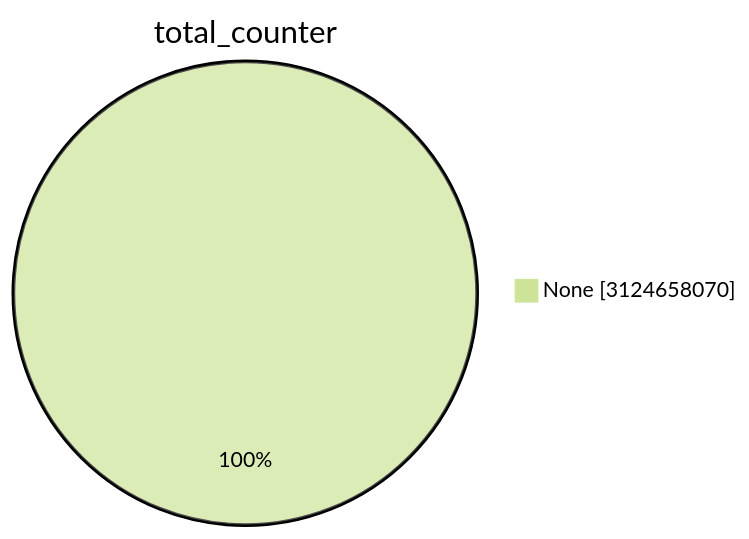
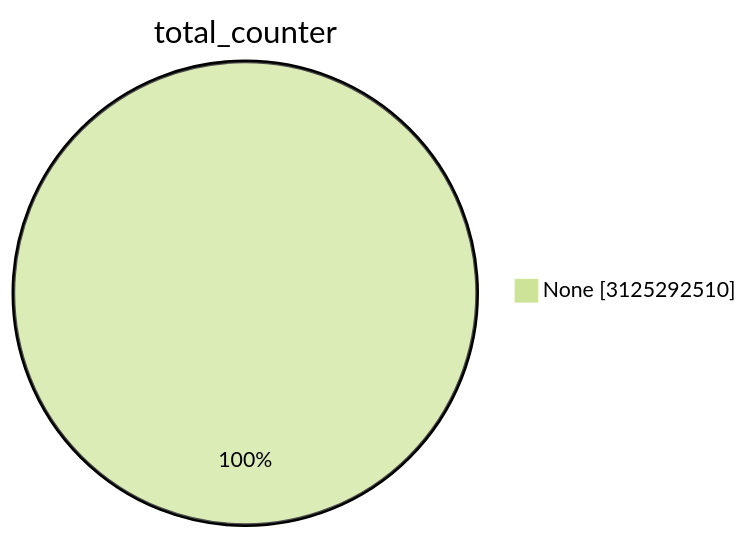
One commit to christiankrug/ctmonitor_visualization changed the first of 15 diagrams in TOTAL/README.md. Above: the diagram before and after it, drawn with Mermaid (forest theme). The commit also changed other lines of this file, not shown here.

````diff
--- a/TOTAL/README.md
+++ b/TOTAL/README.md
@@ -1,5 +1,5 @@
 ```mermaid
 pie showData
 title total_counter
-"None" :3124658070
+"None" :3125292510
 ```
````
